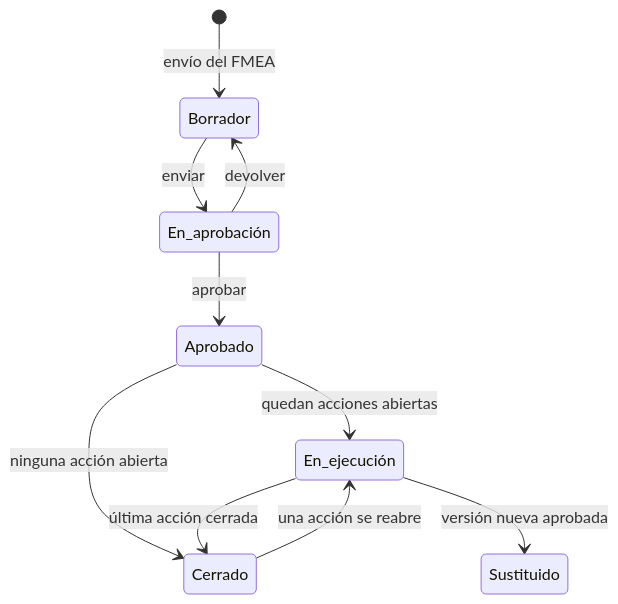
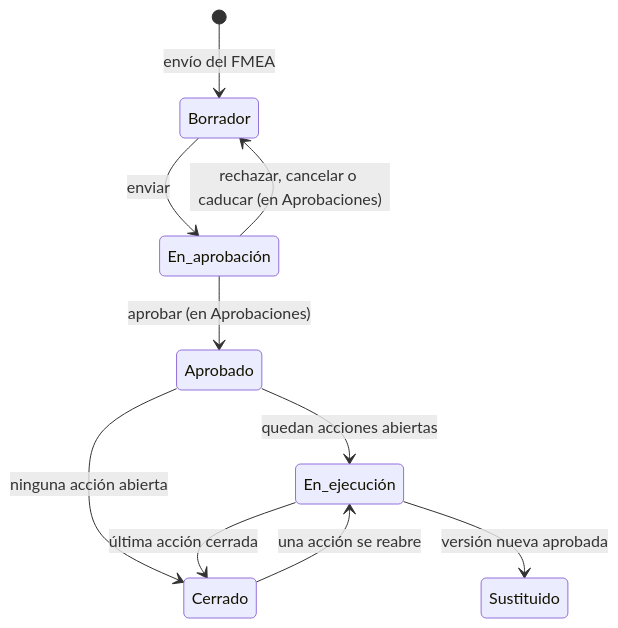
The diagram in docs/funcional/plan-de-tratamiento.md (albarracingarciap/fluxion-saas), drawn with Mermaid before and after one commit. The commit also changed other lines of this file and 27 other files, not shown here.

````diff
--- a/docs/funcional/plan-de-tratamiento.md
+++ b/docs/funcional/plan-de-tratamiento.md
@@ -180,12 +178,12 @@
 ```mermaid
 stateDiagram-v2
   [*] --> Borrador: envío del FMEA
   Borrador --> En_aprobación: enviar
-  En_aprobación --> Borrador: devolver
-  En_aprobación --> Aprobado: aprobar
+  En_aprobación --> Borrador: rechazar, cancelar o caducar (en Aprobaciones)
+  En_aprobación --> Aprobado: aprobar (en Aprobaciones)
   Aprobado --> En_ejecución: quedan acciones abiertas
   Aprobado --> Cerrado: ninguna acción abierta
   En_ejecución --> Cerrado: última acción cerrada
   Cerrado --> En_ejecución: una acción se reabre
   En_ejecución --> Sustituido: versión nueva aprobada
 ```
````
